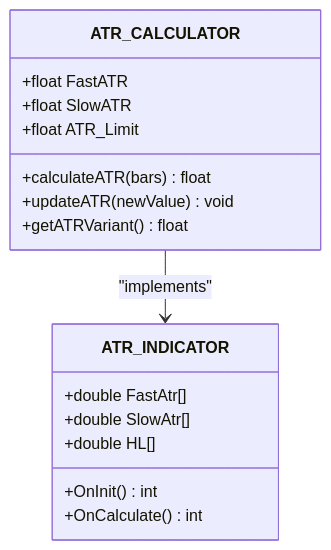
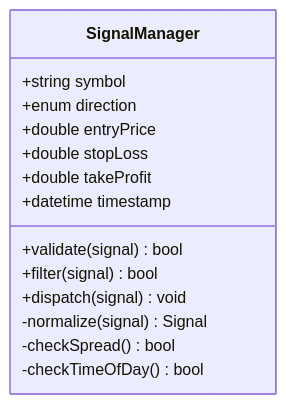
One commit to Hohlas/SoSimple changed the fourth of 5 diagrams in .qoder/repowiki/en/content/MetaTrader Integration/MetaTrader Integration.md. Above: the diagram before and after it, drawn with Mermaid. The commit also changed other lines of this file and 327 other files, not shown here.

````diff
--- a/.qoder/repowiki/en/content/MetaTrader Integration/MetaTrader Integration.md
+++ b/.qoder/repowiki/en/content/MetaTrader Integration/MetaTrader Integration.md
@@ -254,19 +215,17 @@
 ```mermaid
 classDiagram
-class ATR_CALCULATOR {
-+float FastATR
-+float SlowATR
-+float ATR_Limit
-+calculateATR(bars) float
-+updateATR(newValue) void
-+getATRVariant() float
+class SignalManager {
++string symbol
++enum direction
++double entryPrice
++double stopLoss
++double takeProfit
++datetime timestamp
++validate(signal) bool
++filter(signal) bool
++dispatch(signal) void
+-normalize(signal) Signal
+-checkSpread() bool
+-checkTimeOfDay() bool
 }
-class ATR_INDICATOR {
-+double FastAtr[]
-+double SlowAtr[]
-+double HL[]
-+OnInit() int
-+OnCalculate() int
-}
-ATR_CALCULATOR --> ATR_INDICATOR : "implements"
 ```
````
